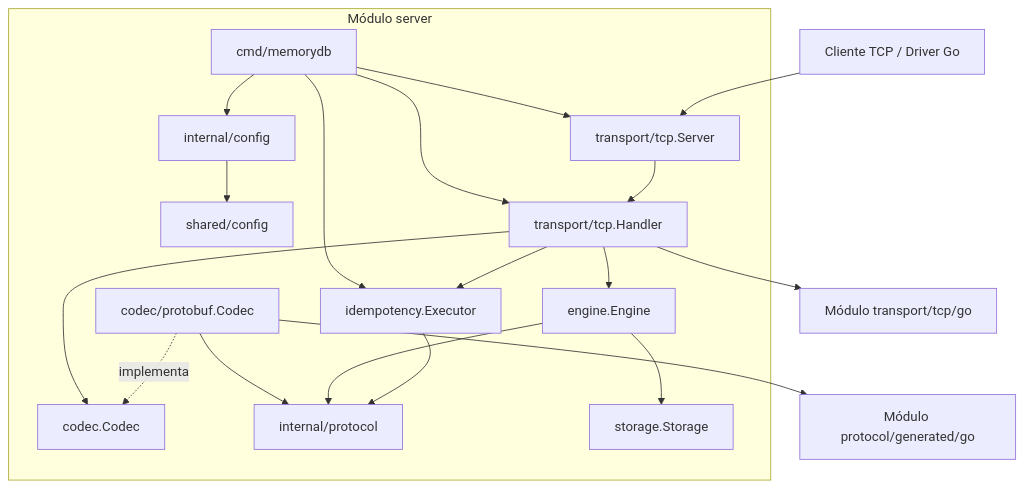
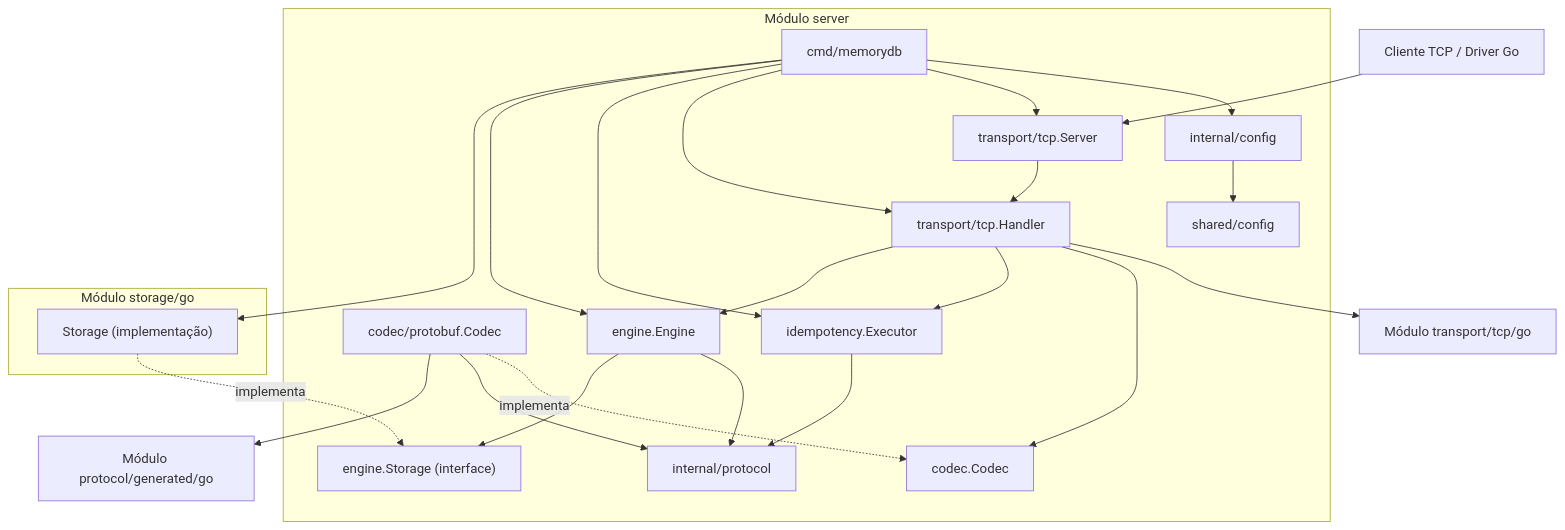
One commit to pescador95/memorydb changed the second of 3 diagrams in docs/tecnica/ARQUITETURA.md. Above: the diagram before and after it, drawn with Mermaid. The commit also changed other lines of this file and 6 other files, not shown here.

````diff
--- a/docs/tecnica/ARQUITETURA.md
+++ b/docs/tecnica/ARQUITETURA.md
@@ -105,40 +115,47 @@
 ```mermaid
 flowchart TB
     Client["Cliente TCP / Driver Go"]
 
     subgraph Server["Módulo server"]
         Entry["cmd/memorydb"]
         Config["internal/config"]
         SharedConfig["shared/config"]
         TCPServer["transport/tcp.Server"]
         Handler["transport/tcp.Handler"]
         CodecPort["codec.Codec"]
         ProtoCodec["codec/protobuf.Codec"]
         Idempotency["idempotency.Executor"]
         Engine["engine.Engine"]
+        StoragePort["engine.Storage (interface)"]
         Model["internal/protocol"]
-        Storage["storage.Storage"]
+    end
+
+    subgraph StorageModule["Módulo storage/go"]
+        StorageImpl["Storage (implementação)"]
     end
 
     TCPModule["Módulo transport/tcp/go"]
     Generated["Módulo protocol/generated/go"]
 
     Entry --> Config
     Config --> SharedConfig
     Entry --> TCPServer
     Entry --> Handler
     Entry --> Idempotency
+    Entry --> Engine
+    Entry --> StorageImpl
     TCPServer --> Handler
     Handler --> TCPModule
     Handler --> CodecPort
     Handler --> Idempotency
     Handler --> Engine
     ProtoCodec -. implementa .-> CodecPort
     ProtoCodec --> Model
     ProtoCodec --> Generated
     Engine --> Model
-    Engine --> Storage
+    Engine --> StoragePort
+    StorageImpl -. implementa .-> StoragePort
     Idempotency --> Model
 
     Client --> TCPServer
 ```
````
